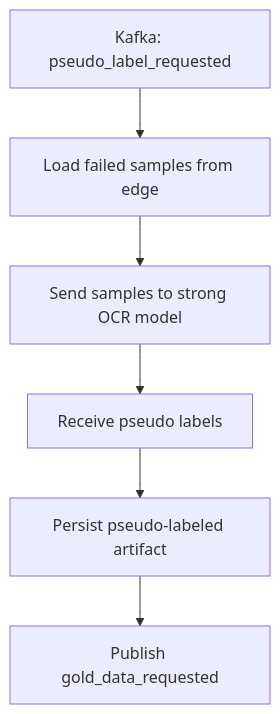
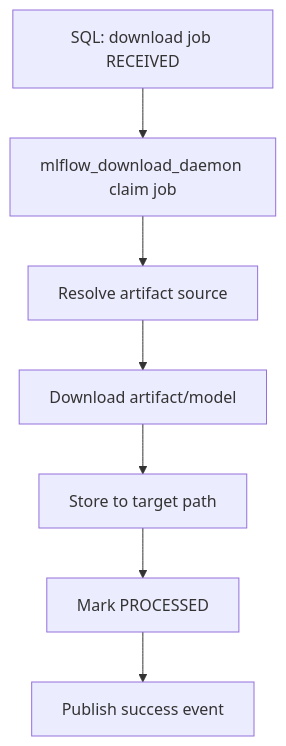
The tenth of 13 diagrams in services/model-lifecycle-service/model-lifecycle-orchestrator-flow.md (khanhminhtk/overwatch-edge-ai), drawn with Mermaid before and after one commit. The commit also changed other lines of this file and 44 other files, not shown here.

````diff
--- a/services/model-lifecycle-service/model-lifecycle-orchestrator-flow.md
+++ b/services/model-lifecycle-service/model-lifecycle-orchestrator-flow.md
@@ -424,8 +716,9 @@
 ```mermaid
 flowchart TD
-    P1["Kafka: pseudo_label_requested"] --> P2["Load failed samples from edge"]
-    P2 --> P3["Send samples to strong OCR model"]
-    P3 --> P4["Receive pseudo labels"]
-    P4 --> P5["Persist pseudo-labeled artifact"]
-    P5 --> P6["Publish gold_data_requested"]
+    DL1["SQL: download job RECEIVED"] --> DL2["mlflow_download_daemon claim job"]
+    DL2 --> DL3["Resolve artifact source"]
+    DL3 --> DL4["Download artifact/model"]
+    DL4 --> DL5["Store to target path"]
+    DL5 --> DL6["Mark PROCESSED"]
+    DL6 --> DL7["Publish success event"]
 ```
````
